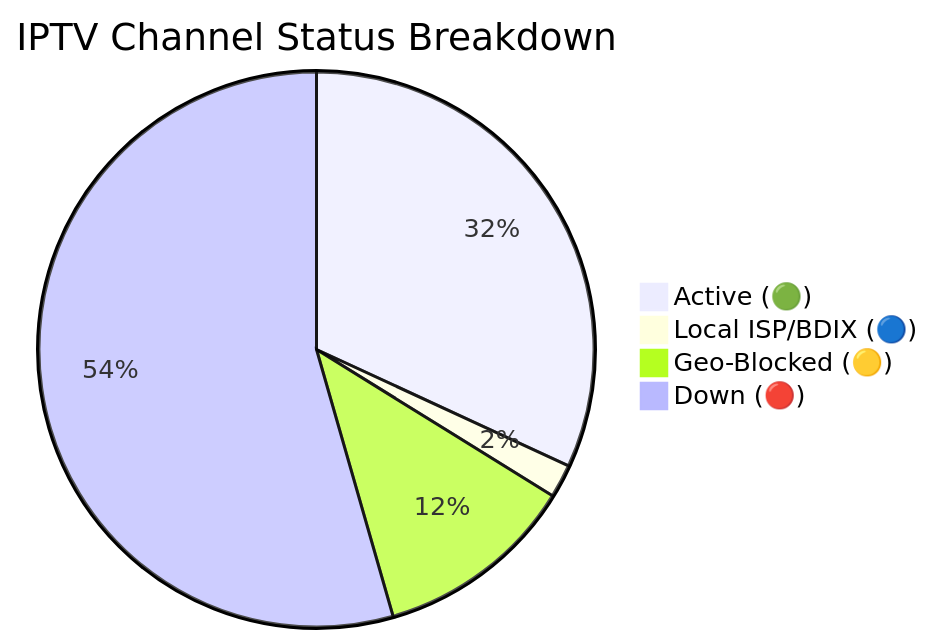
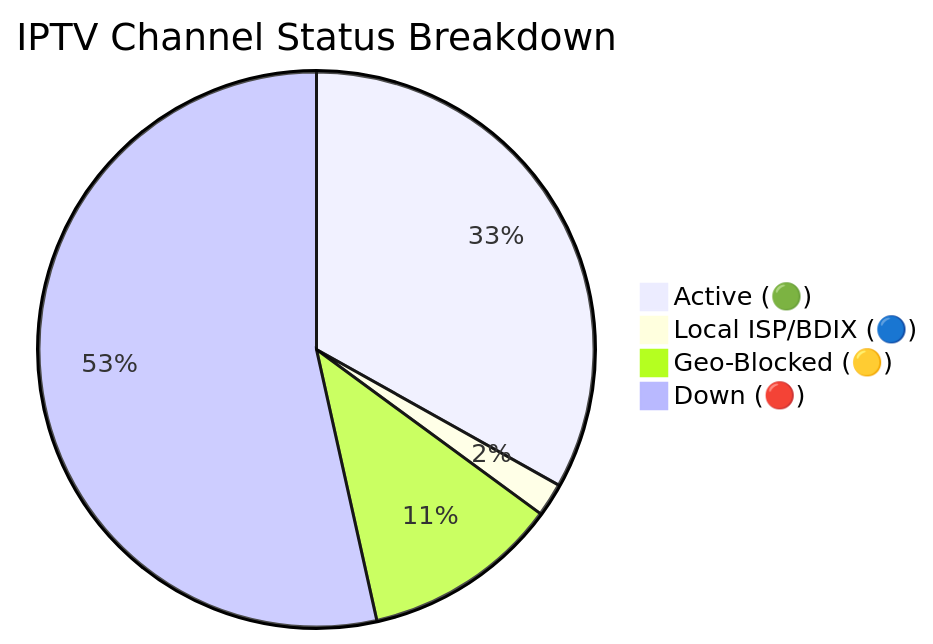
One commit to andreataylord/Ip-tv-Collection changed the diagram in README.md. Above: the diagram before and after it, drawn with Mermaid. The commit also changed other lines of this file and 2 other files, not shown here.

````diff
--- a/README.md
+++ b/README.md
@@ -59,7 +59,7 @@
 ```mermaid
 pie title IPTV Channel Status Breakdown
-    "Active (🟢)" : 2100
+    "Active (🟢)" : 2180
     "Local ISP/BDIX (🔵)" : 128
-    "Geo-Blocked (🟡)" : 772
-    "Down (🔴)" : 3586
+    "Geo-Blocked (🟡)" : 753
+    "Down (🔴)" : 3520
 ```
````
